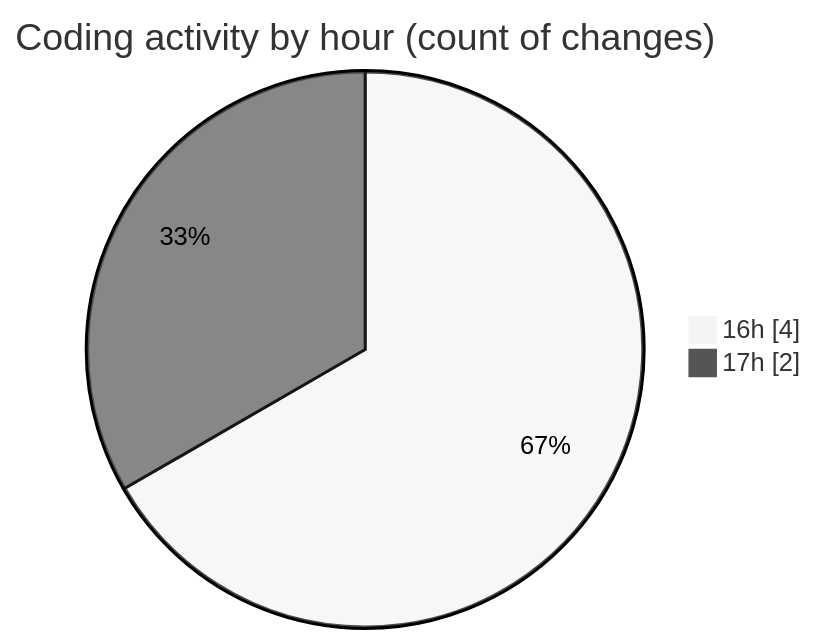
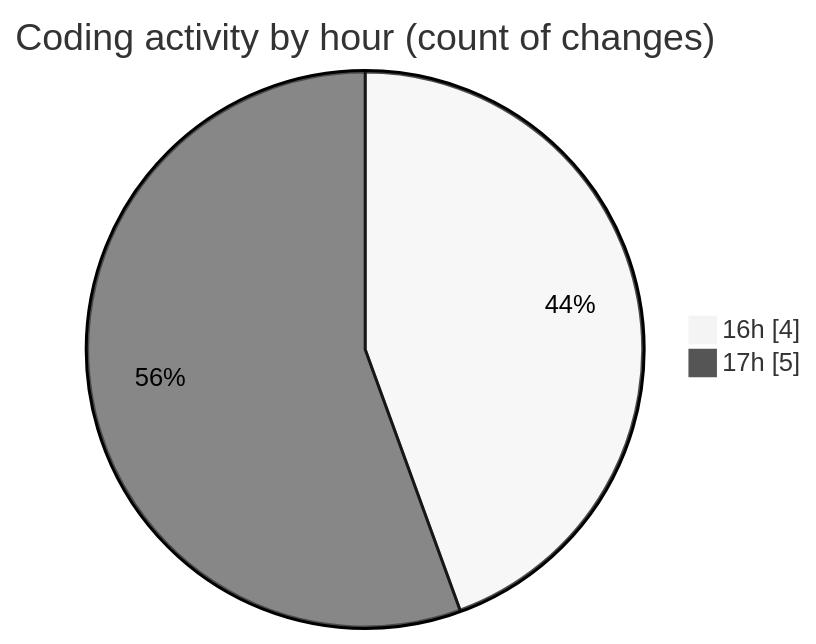
One commit to EIIisD/code-tracking changed the second of 2 diagrams in 2025-07-12/cursor-openrouter-proxy/README.md. Above: the diagram before and after it, drawn with Mermaid (neutral theme). The commit also changed other lines of this file and 1 other file, not shown here.

````diff
--- a/2025-07-12/cursor-openrouter-proxy/README.md
+++ b/2025-07-12/cursor-openrouter-proxy/README.md
@@ -30,6 +30,6 @@
 ```mermaid
 pie showData
 title Coding activity by hour (count of changes)
 "16h" : 4
-"17h" : 2
+"17h" : 5
 ```
````
